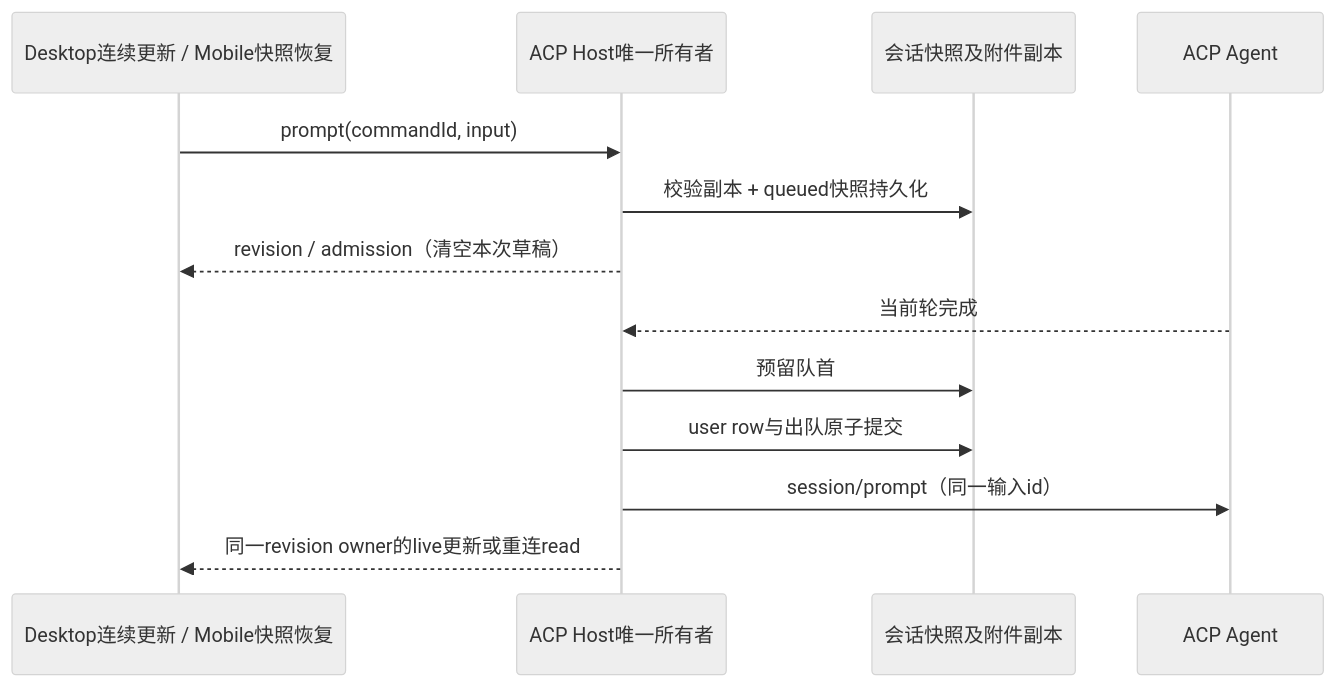
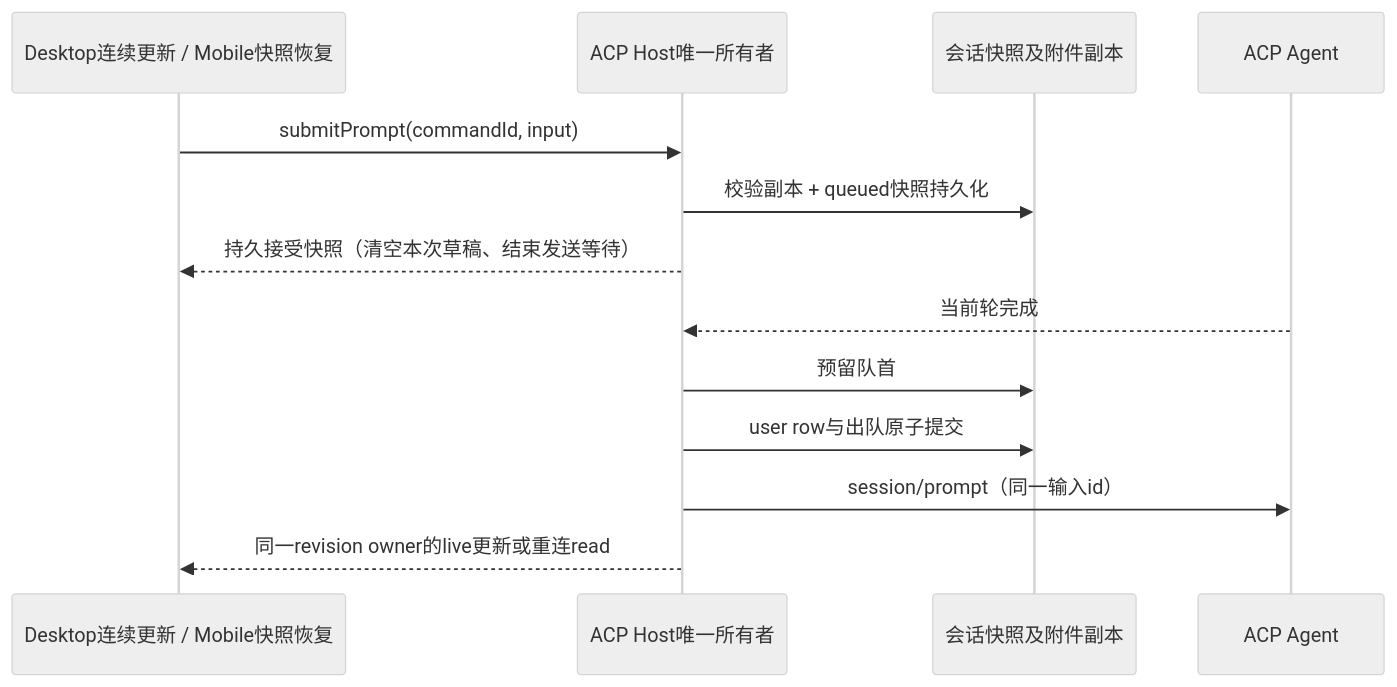
Before and after one commit to caiqiqqq/CodeVori: the diagram in docs/specs/acp-message-queue.md, drawn with Mermaid (neutral theme). The commit also changed other lines of this file and 13 other files, not shown here.

Commit message:
fix(acp): acknowledge durable prompt admission before turn completion

````diff
--- a/docs/specs/acp-message-queue.md
+++ b/docs/specs/acp-message-queue.md
@@ -20,15 +24,15 @@
 ```mermaid
 sequenceDiagram
   participant UI as Desktop连续更新 / Mobile快照恢复
   participant Host as ACP Host唯一所有者
   participant Store as 会话快照及附件副本
   participant Agent as ACP Agent
-  UI->>Host: prompt(commandId, input)
+  UI->>Host: submitPrompt(commandId, input)
   Host->>Store: 校验副本 + queued快照持久化
-  Host-->>UI: revision / admission（清空本次草稿）
+  Host-->>UI: 持久接受快照（清空本次草稿、结束发送等待）
   Agent-->>Host: 当前轮完成
   Host->>Store: 预留队首
   Host->>Store: user row与出队原子提交
   Host->>Agent: session/prompt（同一输入id）
   Host-->>UI: 同一revision owner的live更新或重连read
 ```
````
